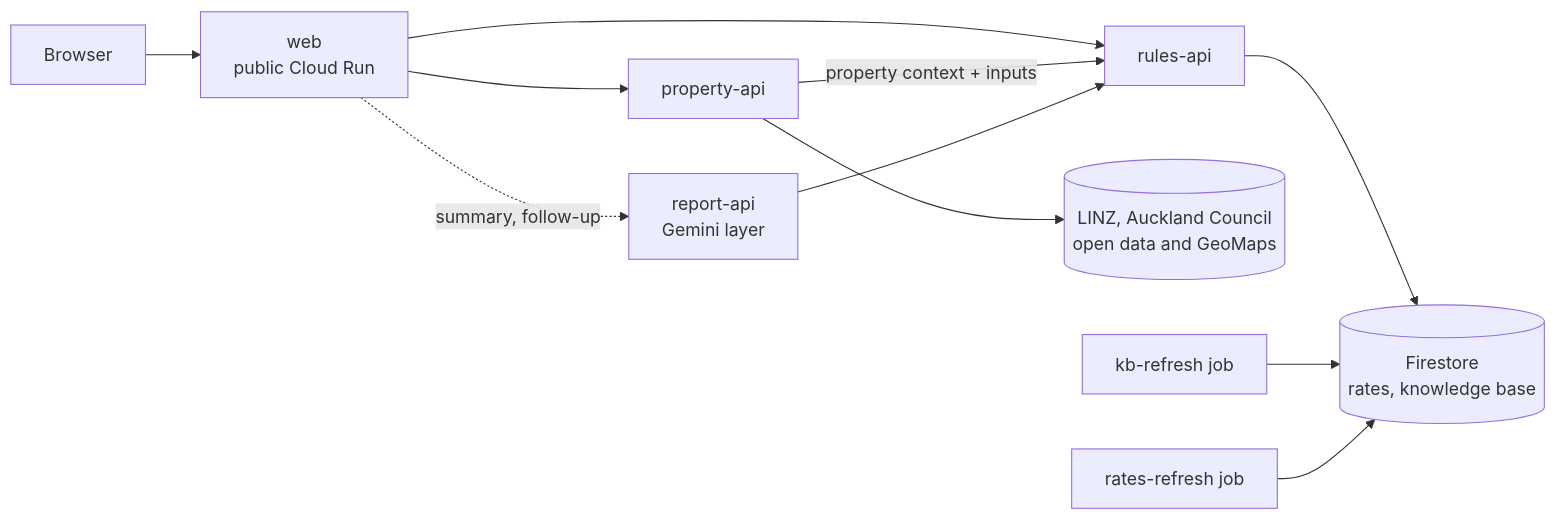
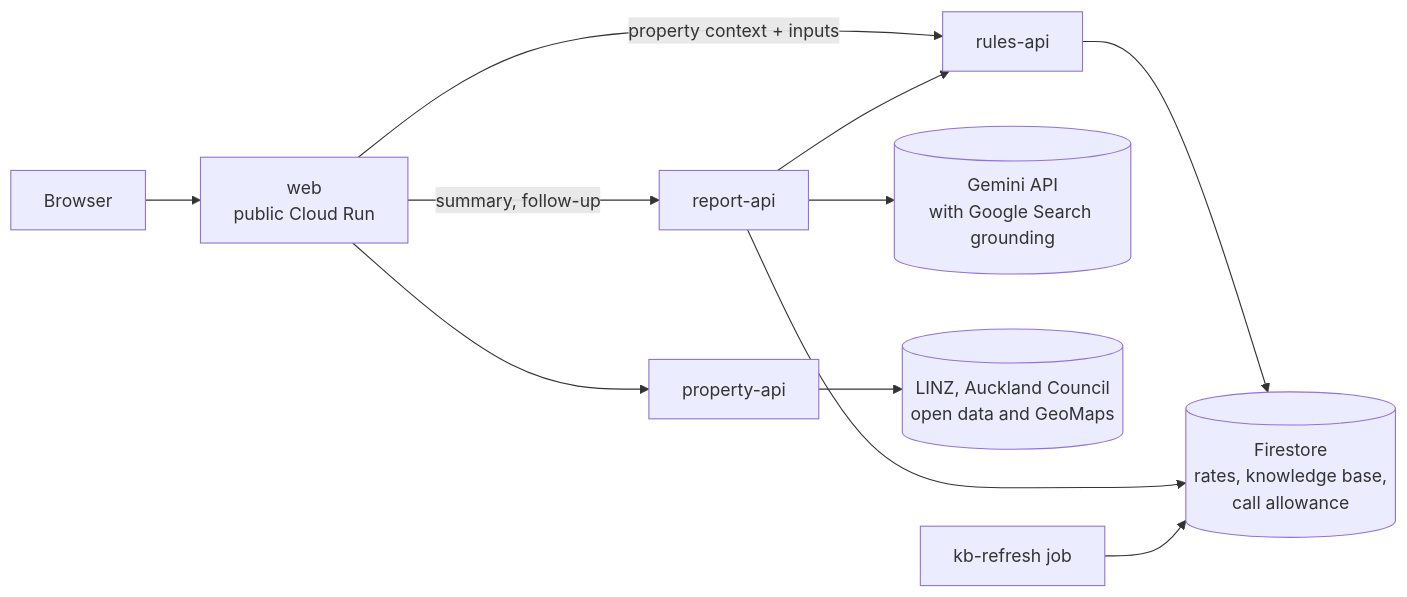
One commit to hypta/home-in-brief changed the diagram in README.md. Above: the diagram before and after it, drawn with Mermaid. The commit also changed other lines of this file and 49 other files, not shown here.

````diff
--- a/README.md
+++ b/README.md
@@ -16,13 +20,13 @@
 ```mermaid
 flowchart LR
   U[Browser] --> W[web<br/>public Cloud Run]
   W --> P[property-api]
-  W --> R[rules-api]
-  P -->|property context + inputs| R
-  P --> S1[(LINZ, Auckland Council<br/>open data and GeoMaps)]
-  R --> F[(Firestore<br/>rates, knowledge base)]
-  W -.->|summary, follow-up| G[report-api<br/>Gemini layer]
+  W -->|property context + inputs| R[rules-api]
+  W -->|summary, follow-up| G[report-api]
+  G --> M[(Gemini API<br/>with Google Search grounding)]
   G --> R
-  J1[kb-refresh job] --> F
-  J2[rates-refresh job] --> F
+  P --> S[(LINZ, Auckland Council<br/>open data and GeoMaps)]
+  R --> F[(Firestore<br/>rates, knowledge base,<br/>call allowance)]
+  G --> F
+  J[kb-refresh job] --> F
 ```
````
